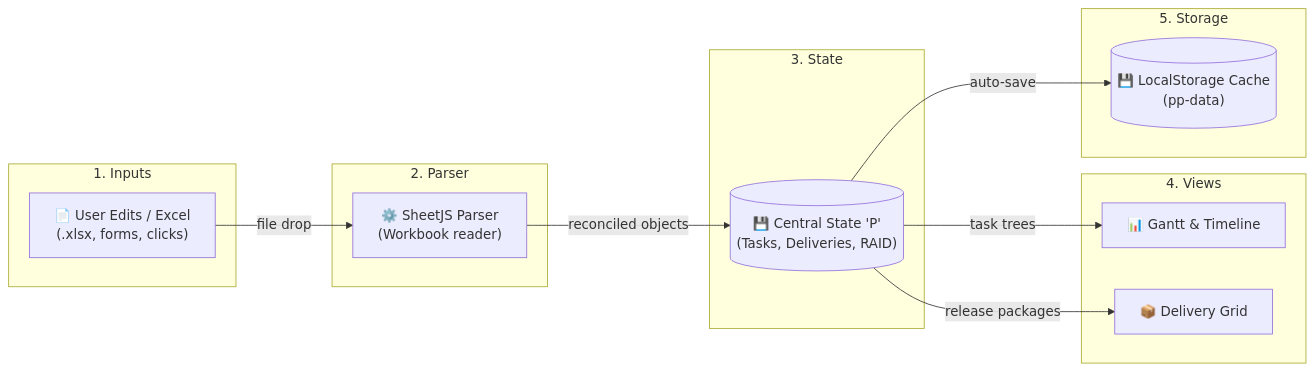
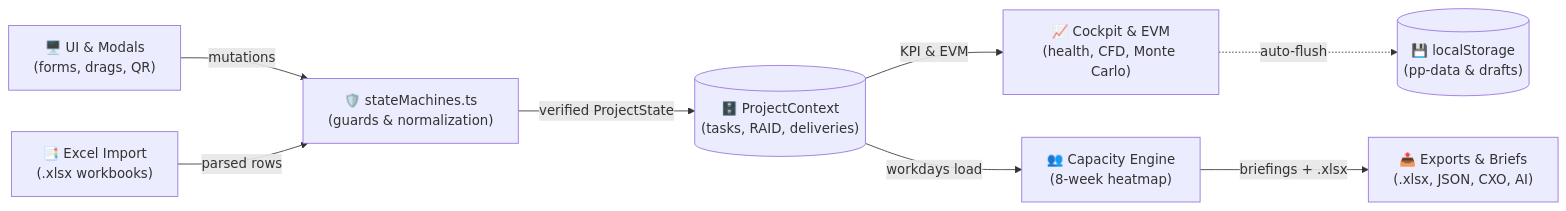
One commit to manvenpratap/ProjectPulse changed the fourth of 5 diagrams in wiki/Architecture-and-System-Design.md. Above: the diagram before and after it, drawn with Mermaid. The commit also changed other lines of this file and 23 other files, not shown here.

Commit message:
docs: add comprehensive product capability and specification manual, sync wiki and archify diagrams

````diff
--- a/wiki/Architecture-and-System-Design.md
+++ b/wiki/Architecture-and-System-Design.md
@@ -97,25 +81,10 @@
 ```mermaid
 flowchart LR
-    subgraph S1["1. Inputs"]
-        Inputs["📄 User Edits / Excel\n(.xlsx, forms, clicks)"]
-    end
-    subgraph S2["2. Parser"]
-        SheetJS["⚙️ SheetJS Parser\n(Workbook reader)"]
-    end
-    subgraph S3["3. State"]
-        StateP[("💾 Central State 'P'\n(Tasks, Deliveries, RAID)")]
-    end
-    subgraph S4["4. Views"]
-        Gantt["📊 Gantt & Timeline"]
-        Deliv["📦 Delivery Grid"]
-    end
-    subgraph S5["5. Storage"]
-        Cache[("💾 LocalStorage Cache\n(pp-data)")]
-    end
-
-    Inputs -->|"file drop"| SheetJS
-    SheetJS -->|"reconciled objects"| StateP
-    StateP -->|"task trees"| Gantt
-    StateP -->|"release packages"| Deliv
-    StateP -->|"auto-save"| Cache
+    UIO["🖥️ UI & Modals\n(forms, drags, QR)"] -->|"mutations"| FSM["🛡️ stateMachines.ts\n(guards & normalization)"]
+    XLS["📑 Excel Import\n(.xlsx workbooks)"] -->|"parsed rows"| FSM
+    FSM -->|"verified ProjectState"| Ctx[("🗄️ ProjectContext\n(tasks, RAID, deliveries)")]
+    Ctx -->|"KPI & EVM"| Cockpit["📈 Cockpit & EVM\n(health, CFD, Monte Carlo)"]
+    Ctx -->|"workdays load"| Cap["👥 Capacity Engine\n(8-week heatmap)"]
+    Cockpit -.->|"auto-flush"| LS[("💾 localStorage\n(pp-data & drafts)")]
+    Cap -->|"briefings + .xlsx"| Rep["📤 Exports & Briefs\n(.xlsx, JSON, CXO, AI)"]
 ```
````
